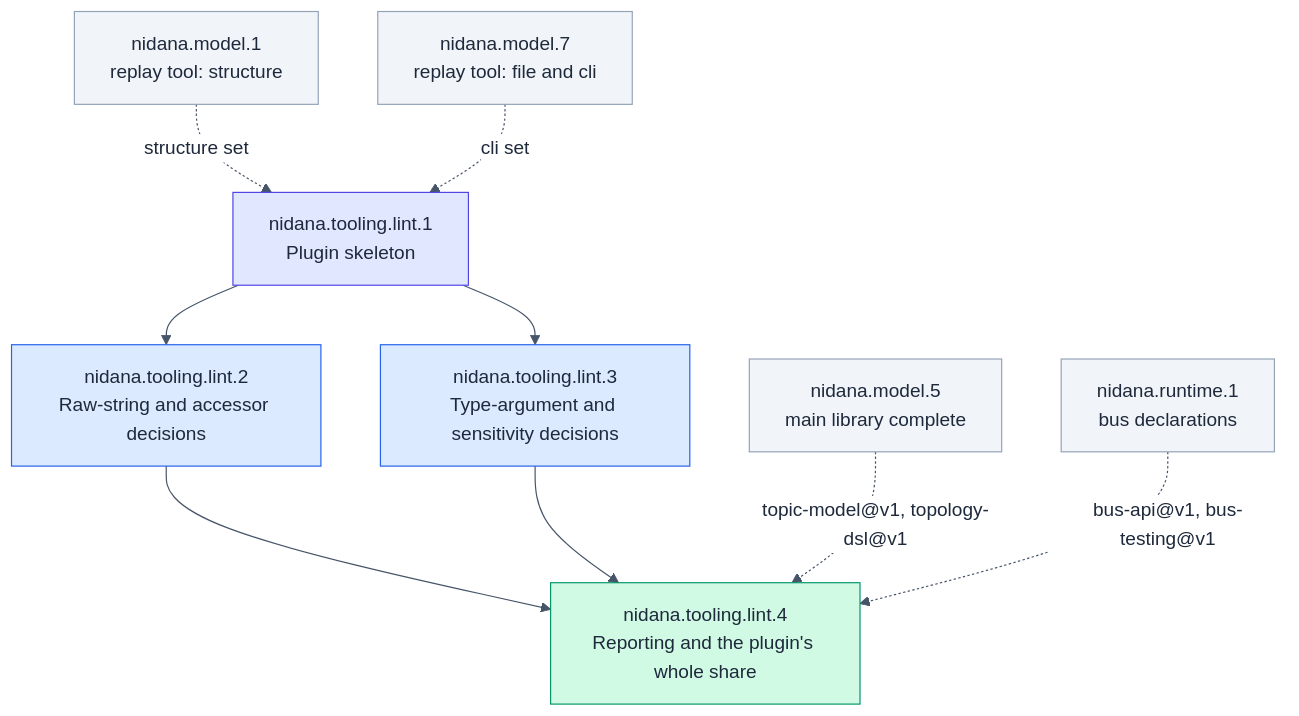
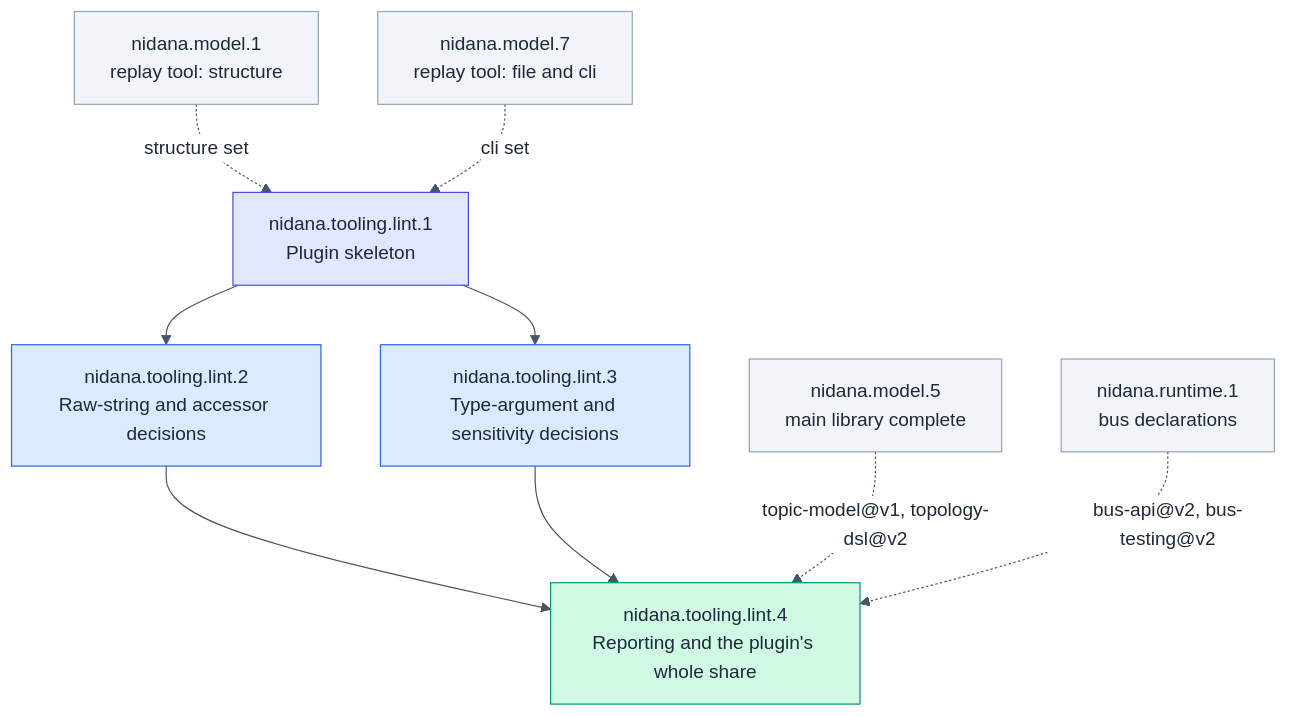
The second of 2 diagrams in hsdd/spec/nidana.tooling.lint.md (Samsara-Stream/nidana-bus-dart), drawn with Mermaid before and after one commit. The commit also changed other lines of this file and 10 other files, not shown here.

````diff
--- a/hsdd/spec/nidana.tooling.lint.md
+++ b/hsdd/spec/nidana.tooling.lint.md
@@ -181,30 +181,30 @@
 ```mermaid
 %%{init:{'theme':'base','themeVariables':{'primaryTextColor':'#1e293b','lineColor':'#475569','edgeLabelBackground':'#ffffff','tertiaryTextColor':'#1e293b'}}}%%
 flowchart TD
     P1["nidana.tooling.lint.1<br/>Plugin skeleton"]
     P2["nidana.tooling.lint.2<br/>Raw-string and accessor decisions"]
     P3["nidana.tooling.lint.3<br/>Type-argument and sensitivity decisions"]
     P4["nidana.tooling.lint.4<br/>Reporting and the plugin's whole share"]
     M1["nidana.model.1<br/>replay tool: structure"]
     M7["nidana.model.7<br/>replay tool: file and cli"]
     M5["nidana.model.5<br/>main library complete"]
     R1["nidana.runtime.1<br/>bus declarations"]
 
     P1 --> P2
     P1 --> P3
     P2 --> P4
     P3 --> P4
     M1 -. "structure set" .-> P1
     M7 -. "cli set" .-> P1
-    M5 -. "topic-model@v1, topology-dsl@v1" .-> P4
-    R1 -. "bus-api@v1, bus-testing@v1" .-> P4
+    M5 -. "topic-model@v1, topology-dsl@v2" .-> P4
+    R1 -. "bus-api@v2, bus-testing@v2" .-> P4
 
     style P1 fill:#e0e7ff,stroke:#4f46e5,color:#1e293b
     style P2 fill:#dbeafe,stroke:#2563eb,color:#1e293b
     style P3 fill:#dbeafe,stroke:#2563eb,color:#1e293b
     style P4 fill:#d1fae5,stroke:#059669,color:#1e293b
     style M1 fill:#f1f5f9,stroke:#94a3b8,color:#1e293b
     style M7 fill:#f1f5f9,stroke:#94a3b8,color:#1e293b
     style M5 fill:#f1f5f9,stroke:#94a3b8,color:#1e293b
     style R1 fill:#f1f5f9,stroke:#94a3b8,color:#1e293b
 ```
````
